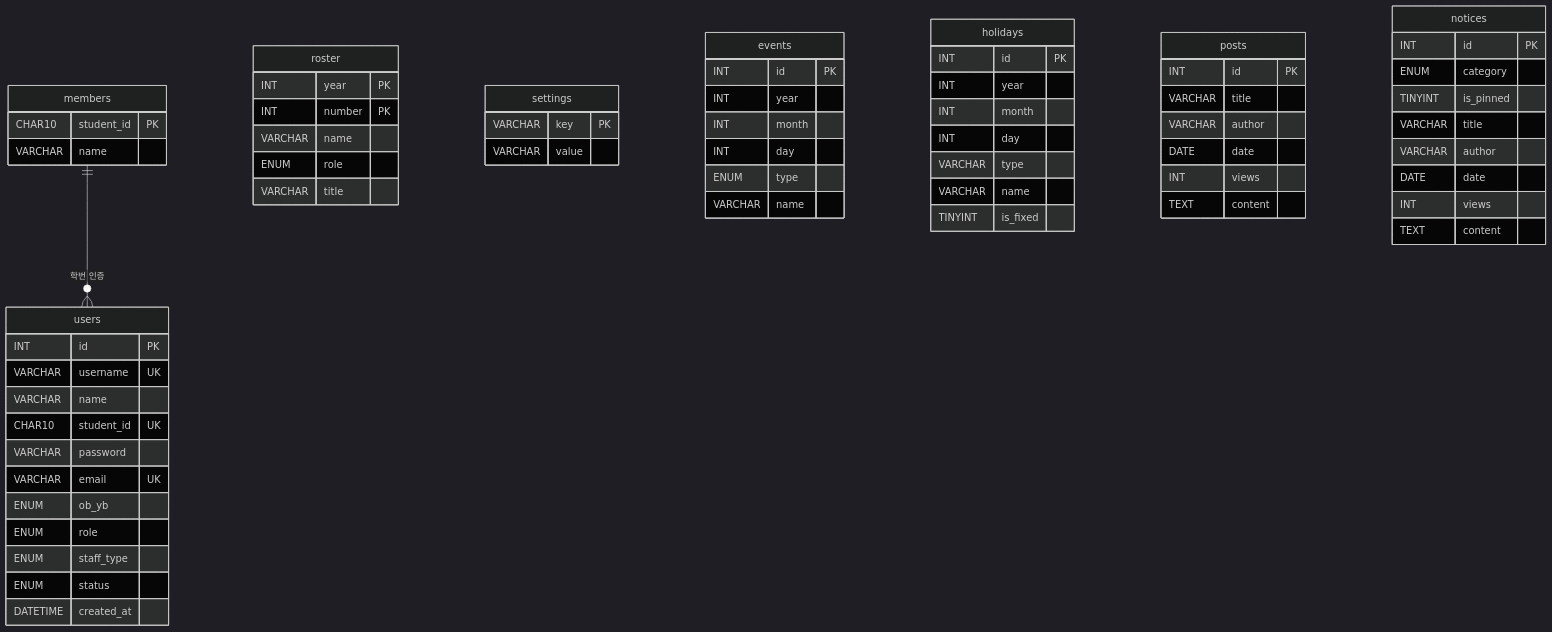
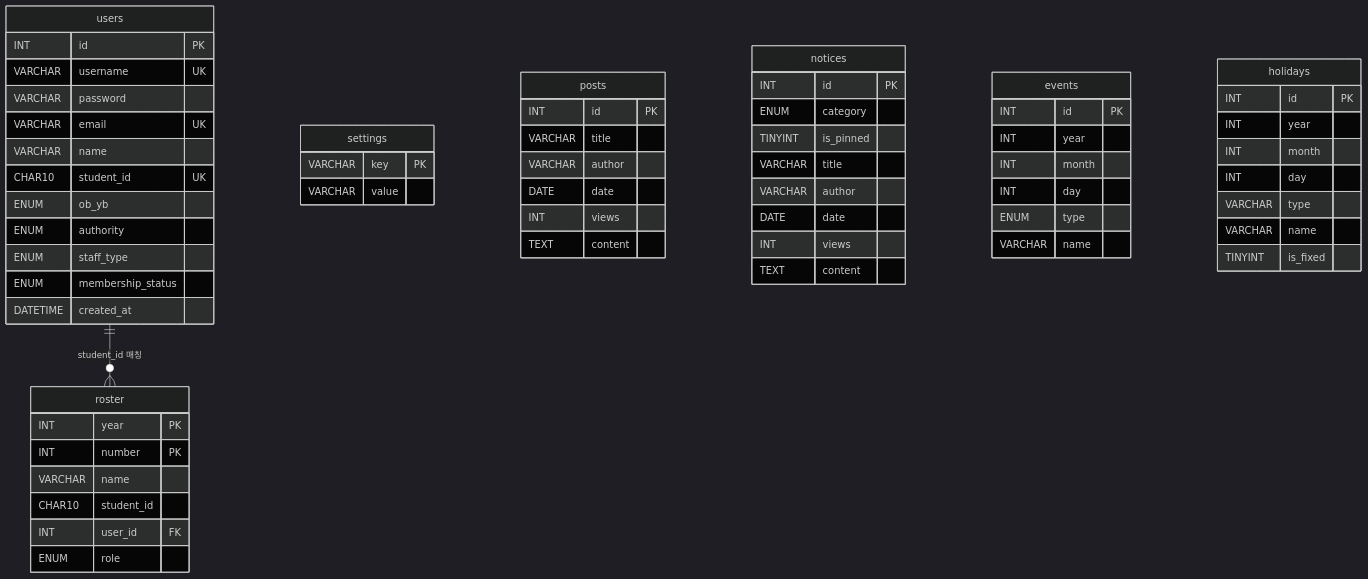
One commit to jundragon7419/KWU-Pegasus changed the diagram in KWU-Pegasus-server/README.md. Above: the diagram before and after it, drawn with Mermaid (dark theme). The commit also changed other lines of this file and 15 other files, not shown here.

````diff
--- a/KWU-Pegasus-server/README.md
+++ b/KWU-Pegasus-server/README.md
@@ -229,75 +67,71 @@
 ```mermaid
 erDiagram
-    members {
-        CHAR10  student_id  PK
+    users {
+        INT     id              PK
+        VARCHAR username        UK
+        VARCHAR password
+        VARCHAR email           UK
         VARCHAR name
-    }
-
-    users {
-        INT     id          PK
-        VARCHAR username    UK
-        VARCHAR name
-        CHAR10  student_id  UK
-        VARCHAR password
-        VARCHAR email       UK
+        CHAR10  student_id      UK
         ENUM    ob_yb
-        ENUM    role
+        ENUM    authority
         ENUM    staff_type
-        ENUM    status
+        ENUM    membership_status
         DATETIME created_at
     }
 
     roster {
-        INT     year    PK
-        INT     number  PK
+        INT     year        PK
+        INT     number      PK
         VARCHAR name
+        CHAR10  student_id
+        INT     user_id     FK
         ENUM    role
-        VARCHAR title
     }
 
     settings {
         VARCHAR key     PK
         VARCHAR value
-    }
-
-    events {
-        INT     id      PK
-        INT     year
-        INT     month
-        INT     day
-        ENUM    type
-        VARCHAR name
-    }
-
-    holidays {
-        INT     id       PK
-        INT     year
-        INT     month
-        INT     day
-        VARCHAR type
-        VARCHAR name
-        TINYINT is_fixed
     }
 
     posts {
         INT     id      PK
         VARCHAR title
         VARCHAR author
         DATE    date
         INT     views
         TEXT    content
     }
 
     notices {
         INT     id        PK
         ENUM    category
         TINYINT is_pinned
         VARCHAR title
         VARCHAR author
         DATE    date
         INT     views
         TEXT    content
     }
 
-    members ||--o{ users : "학번 인증"
+    events {
+        INT     id      PK
+        INT     year
+        INT     month
+        INT     day
+        ENUM    type
+        VARCHAR name
+    }
+
+    holidays {
+        INT     id       PK
+        INT     year
+        INT     month
+        INT     day
+        VARCHAR type
+        VARCHAR name
+        TINYINT is_fixed
+    }
+
+    users ||--o{ roster : "student_id 매칭"
 ```
````
